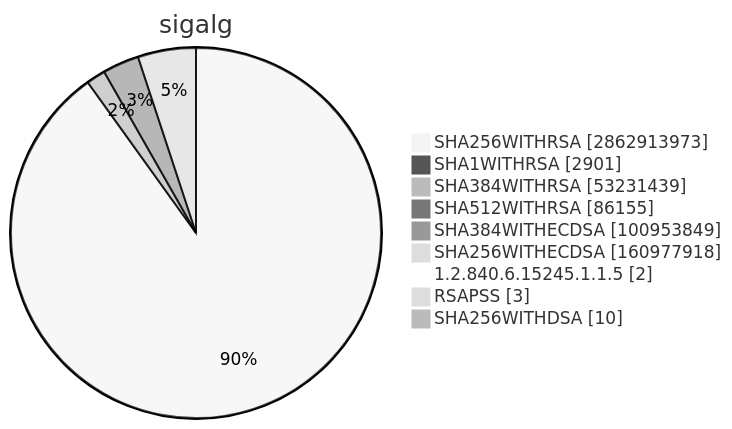
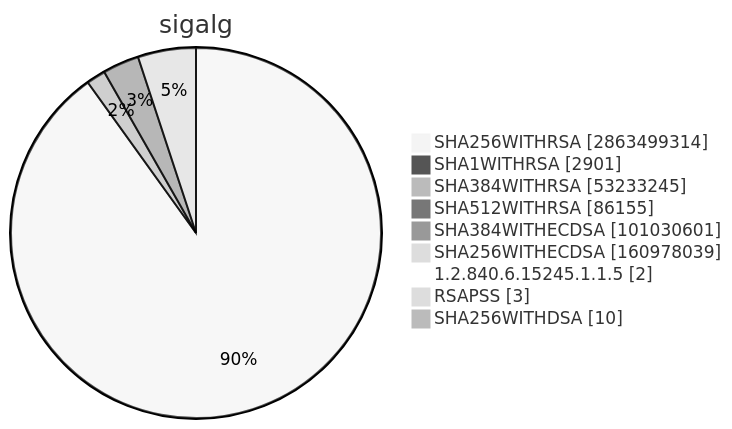
Diagram 15 of 15 in TOTAL/README.md (christiankrug/ctmonitor_visualization), drawn with Mermaid (neutral theme) before and after one commit. The commit also changed other lines of this file, not shown here.

````diff
--- a/TOTAL/README.md
+++ b/TOTAL/README.md
@@ -6207,13 +6207,13 @@
 ```mermaid
 pie showData
 title sigalg
-"SHA256WITHRSA" :2862913973
+"SHA256WITHRSA" :2863499314
 "SHA1WITHRSA" :2901
-"SHA384WITHRSA" :53231439
+"SHA384WITHRSA" :53233245
 "SHA512WITHRSA" :86155
-"SHA384WITHECDSA" :100953849
-"SHA256WITHECDSA" :160977918
+"SHA384WITHECDSA" :101030601
+"SHA256WITHECDSA" :160978039
 "1.2.840.6.15245.1.1.5" :2
 "RSAPSS" :3
 "SHA256WITHDSA" :10
 ```
````
